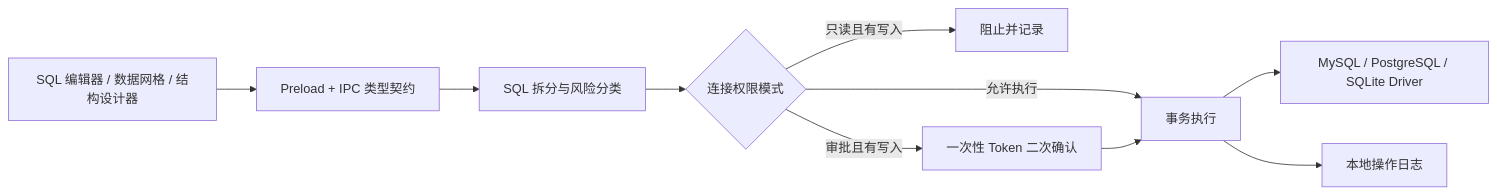
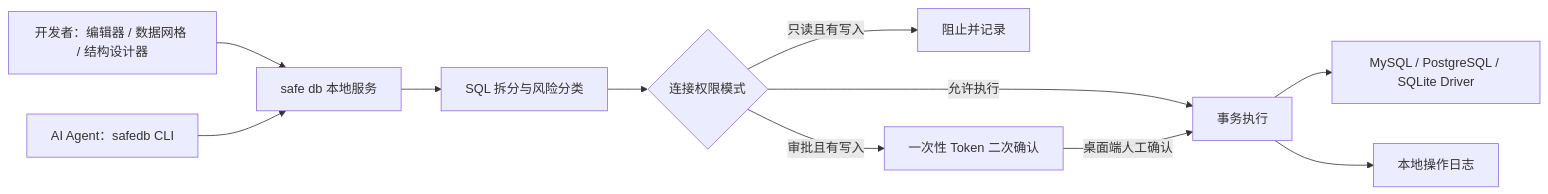
The diagram in README.md (qq1060656096/safe-db), drawn with Mermaid before and after one commit. The commit also changed other lines of this file and 31 other files, not shown here.

Commit message:
feat: 增加 AI Agent CLI 与对象浏览能力

````diff
--- a/README.md
+++ b/README.md
@@ -69,12 +134,13 @@
 ```mermaid
 flowchart LR
-    UI["SQL 编辑器 / 数据网格 / 结构设计器"] --> IPC["Preload + IPC 类型契约"]
-    IPC --> Split["SQL 拆分与风险分类"]
+    Human["开发者：编辑器 / 数据网格 / 结构设计器"] --> Gateway["safe db 本地服务"]
+    Agent["AI Agent：safedb CLI"] --> Gateway
+    Gateway --> Split["SQL 拆分与风险分类"]
     Split --> Policy{"连接权限模式"}
     Policy -->|只读且有写入| Deny["阻止并记录"]
     Policy -->|审批且有写入| Confirm["一次性 Token 二次确认"]
     Policy -->|允许执行| Tx["事务执行"]
-    Confirm --> Tx
+    Confirm -->|桌面端人工确认| Tx
     Tx --> Driver["MySQL / PostgreSQL / SQLite Driver"]
     Tx --> Audit["本地操作日志"]
 ```
````
